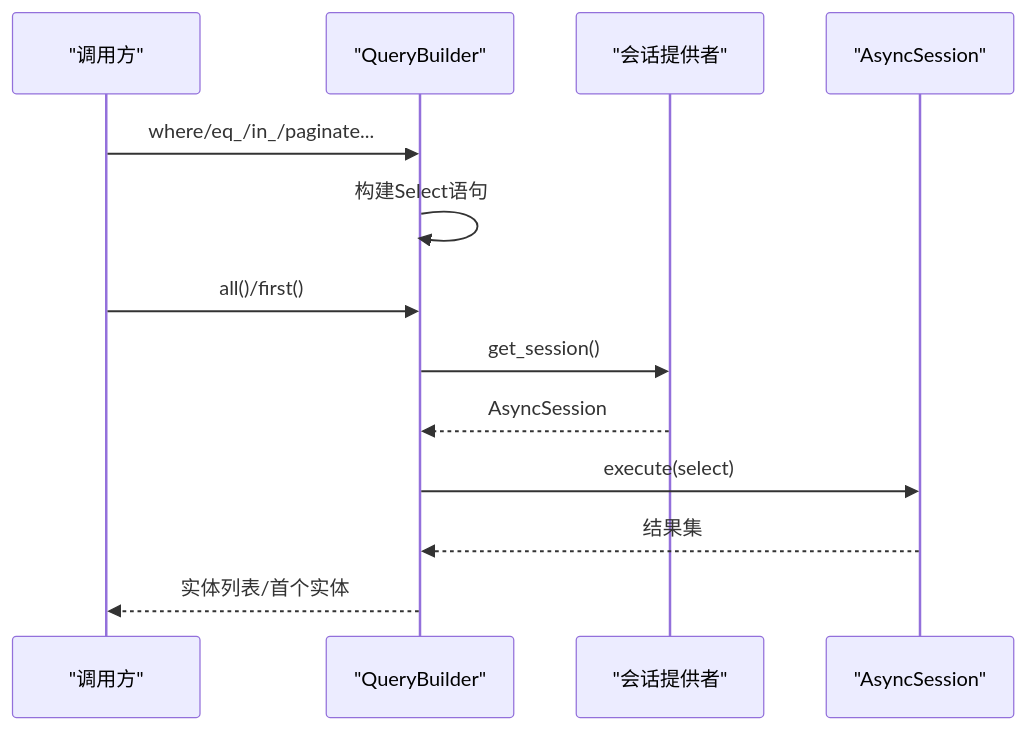
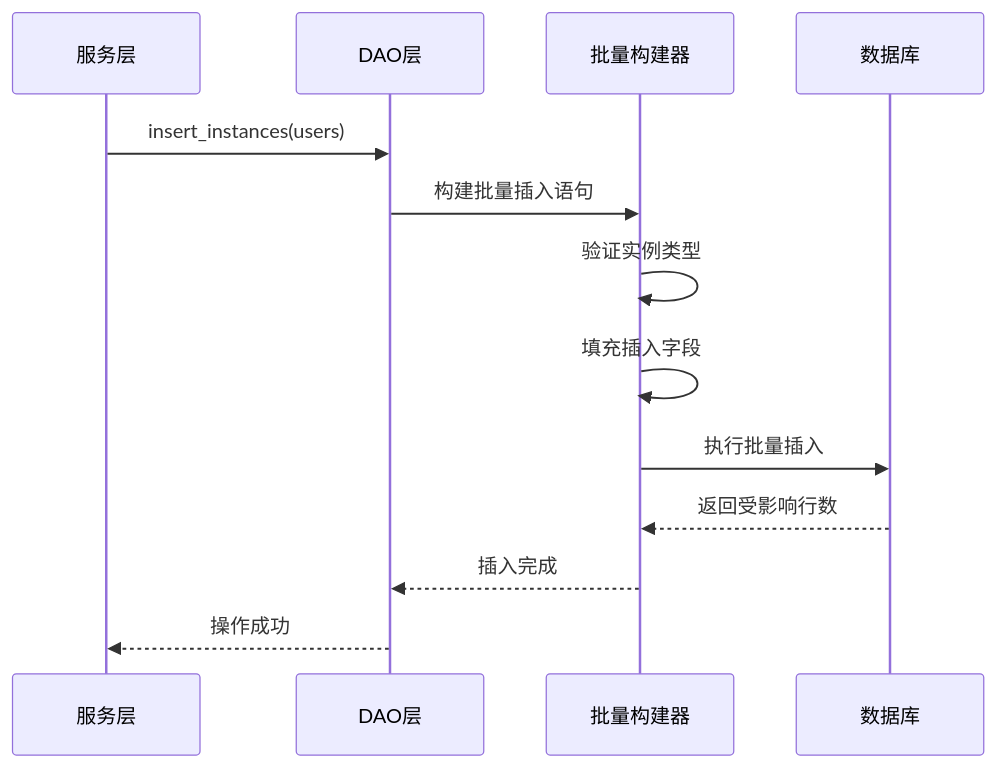
One commit to lilinzezzzzzz/fastapi-backend changed the sixth of 7 diagrams in .qoder/repowiki/zh/content/数据库集成/ORM抽象层.md. Above: the diagram before and after it, drawn with Mermaid. The commit also changed other lines of this file and 42 other files, not shown here.

````diff
--- a/.qoder/repowiki/zh/content/数据库集成/ORM抽象层.md
+++ b/.qoder/repowiki/zh/content/数据库集成/ORM抽象层.md
@@ -260,15 +248,15 @@
 ```mermaid
 sequenceDiagram
-participant Client as "调用方"
-participant QB as "QueryBuilder"
-participant SP as "会话提供者"
-participant Sess as "AsyncSession"
-Client->>QB : where/eq_/in_/paginate...
-QB->>QB : 构建Select语句
-Client->>QB : all()/first()
-QB->>SP : get_session()
-SP-->>QB : AsyncSession
-QB->>Sess : execute(select)
-Sess-->>QB : 结果集
-QB-->>Client : 实体列表/首个实体
+participant Service as 服务层
+participant DAO as DAO层
+participant Builder as 批量构建器
+participant DB as 数据库
+Service->>DAO : insert_instances(users)
+DAO->>Builder : 构建批量插入语句
+Builder->>Builder : 验证实例类型
+Builder->>Builder : 填充插入字段
+Builder->>DB : 执行批量插入
+DB-->>Builder : 返回受影响行数
+Builder-->>DAO : 插入完成
+DAO-->>Service : 操作成功
 ```
````
